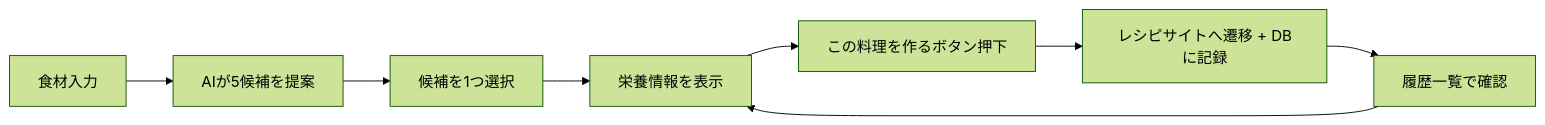
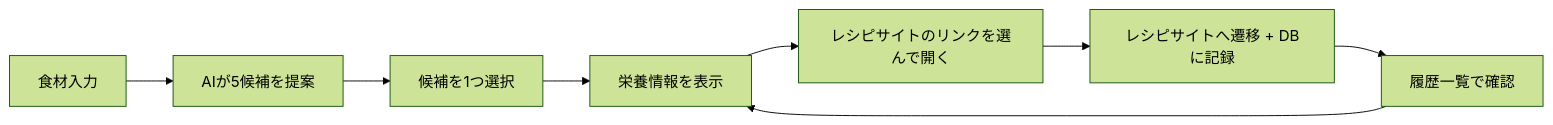
The first of 2 diagrams in docs/requirements.md (kikiki-0604/1015_study), drawn with Mermaid (forest theme) before and after one commit. The commit also changed other lines of this file and 20 other files, not shown here.

````diff
--- a/docs/requirements.md
+++ b/docs/requirements.md
@@ -35,10 +35,10 @@
 ```mermaid
 flowchart LR
     A[食材入力] --> B[AIが5候補を提案]
     B --> C[候補を1つ選択]
     C --> D[栄養情報を表示]
-    D --> E[この料理を作るボタン押下]
+    D --> E[レシピサイトのリンクを選んで開く]
     E --> F[レシピサイトへ遷移 + DBに記録]
     F --> G[履歴一覧で確認]
     G --> D
 ```
````
